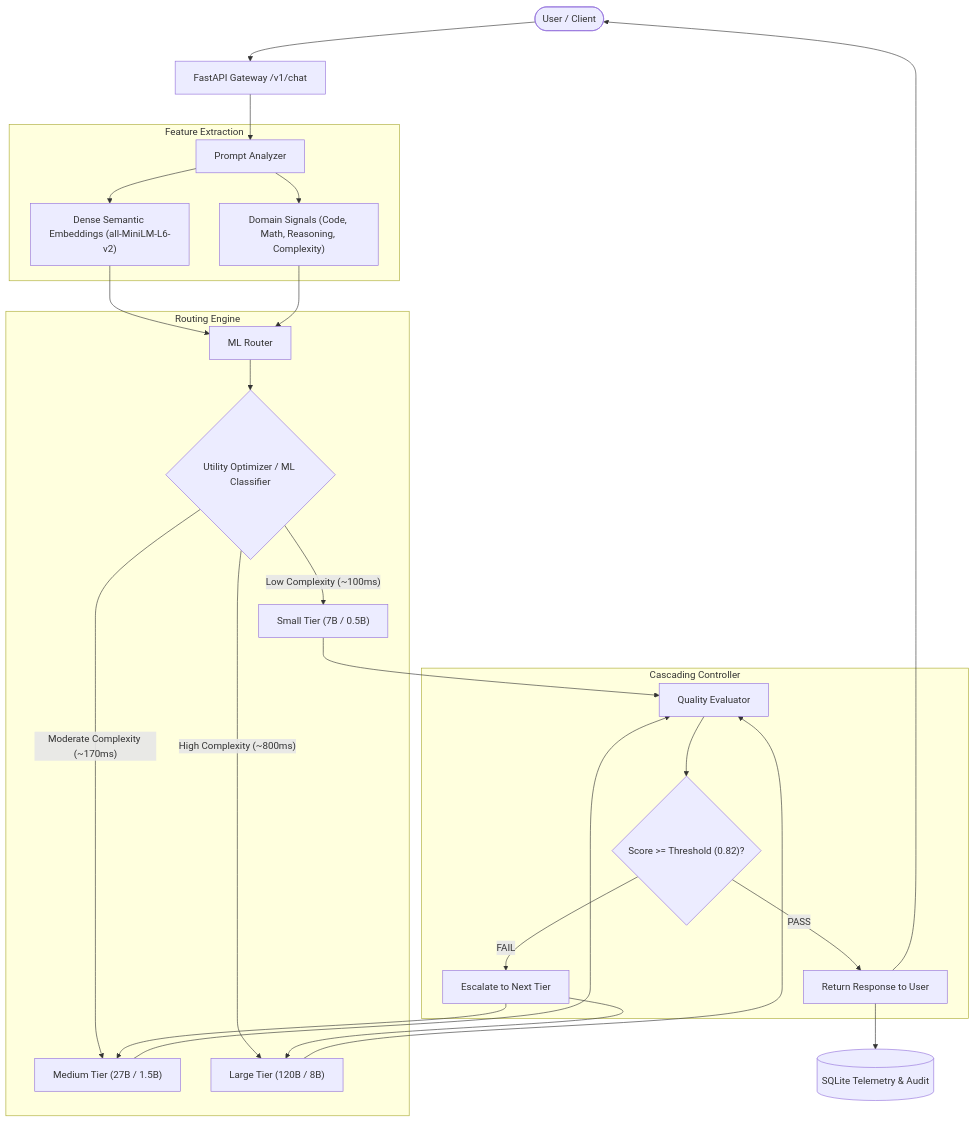
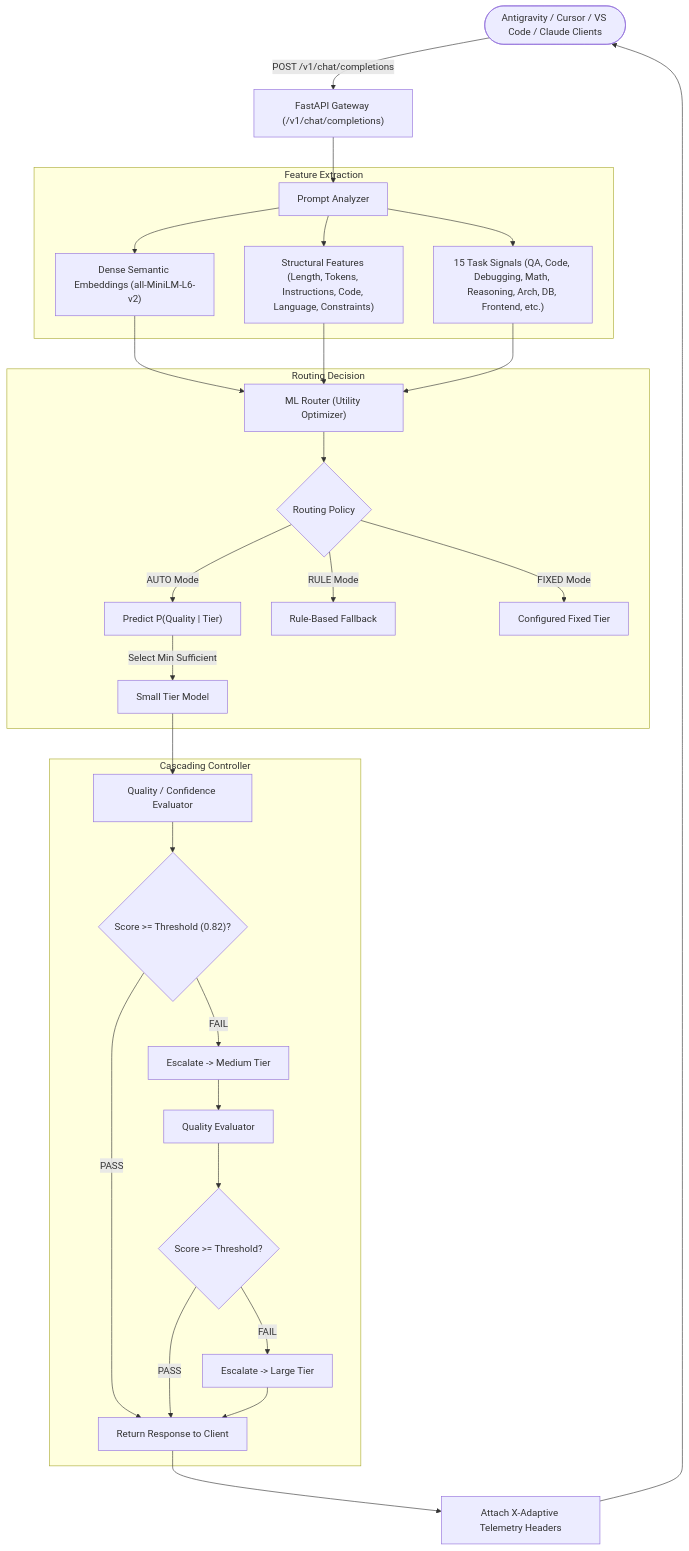
One commit to Jettysnigdhan/AdaptiveAI- changed the diagram in README.md. Above: the diagram before and after it, drawn with Mermaid. The commit also changed other lines of this file and 30 other files, not shown here.

First line of the commit message:
feat: upgrade AdaptiveRoute v2 ML routing and add DialKit 3D interactive landing page

````diff
--- a/README.md
+++ b/README.md
@@ -6,35 +8,39 @@
 ```mermaid
 graph TD
-    User([User / Client]) --> Gateway[FastAPI Gateway /v1/chat]
-    Gateway --> Analyzer[Prompt Analyzer]
-    
+    Client(["Antigravity / Cursor / VS Code / Claude Clients"]) -->|POST /v1/chat/completions| Gateway["FastAPI Gateway (/v1/chat/completions)"]
+    Gateway --> Analyzer["Prompt Analyzer"]
+
     subgraph Feature Extraction
-        Analyzer --> Embeddings["Dense Semantic Embeddings (all-MiniLM-L6-v2)"]
-        Analyzer --> Signals["Domain Signals (Code, Math, Reasoning, Complexity)"]
+        Analyzer --> DenseEmbed["Dense Semantic Embeddings (all-MiniLM-L6-v2)"]
+        Analyzer --> StructFeat["Structural Features (Length, Tokens, Instructions, Code, Language, Constraints)"]
+        Analyzer --> TaskSignals["15 Task Signals (QA, Code, Debugging, Math, Reasoning, Arch, DB, Frontend, etc.)"]
     end
-    
-    Embeddings --> MLRouter[ML Router]
-    Signals --> MLRouter
-    
-    subgraph Routing Engine
-        MLRouter --> Policy{"Utility Optimizer / ML Classifier"}
-        Policy -->|"Low Complexity (~100ms)"| Small["Small Tier (7B / 0.5B)"]
-        Policy -->|"Moderate Complexity (~170ms)"| Medium["Medium Tier (27B / 1.5B)"]
-        Policy -->|"High Complexity (~800ms)"| Large["Large Tier (120B / 8B)"]
+
+    DenseEmbed --> MLRouter["ML Router (Utility Optimizer)"]
+    StructFeat --> MLRouter
+    TaskSignals --> MLRouter
+
+    subgraph Routing Decision
+        MLRouter --> Policies{"Routing Policy"}
+        Policies -->|"AUTO Mode"| PredScore["Predict P(Quality | Tier)"]
+        PredScore -->|"Select Min Sufficient"| Small["Small Tier Model"]
+        Policies -->|"RULE Mode"| RuleRoute["Rule-Based Fallback"]
+        Policies -->|"FIXED Mode"| FixedTier["Configured Fixed Tier"]
     end
-    
-    Small --> Evaluator[Quality Evaluator]
-    Medium --> Evaluator
-    Large --> Evaluator
-    
+
+    Small --> QualityEval["Quality / Confidence Evaluator"]
+
     subgraph Cascading Controller
-        Evaluator --> Check{"Score >= Threshold (0.82)?"}
-        Check -->|PASS| Return[Return Response to User]
-        Check -->|FAIL| Escalate[Escalate to Next Tier]
-        Escalate --> Medium
-        Escalate --> Large
+        QualityEval --> Check{"Score >= Threshold (0.82)?"}
+        Check -->|"PASS"| ReturnResp["Return Response to Client"]
+        Check -->|"FAIL"| Escalate1["Escalate -> Medium Tier"]
+        Escalate1 --> QualityEval2["Quality Evaluator"]
+        QualityEval2 --> Check2{"Score >= Threshold?"}
+        Check2 -->|"PASS"| ReturnResp
+        Check2 -->|"FAIL"| Escalate2["Escalate -> Large Tier"]
+        Escalate2 --> ReturnResp
     end
-    
-    Return --> Audit[(SQLite Telemetry & Audit)]
-    Return --> User
+
+    ReturnResp --> TelemetryHeaders["Attach X-Adaptive Telemetry Headers"]
+    TelemetryHeaders --> Client
 ```
````
